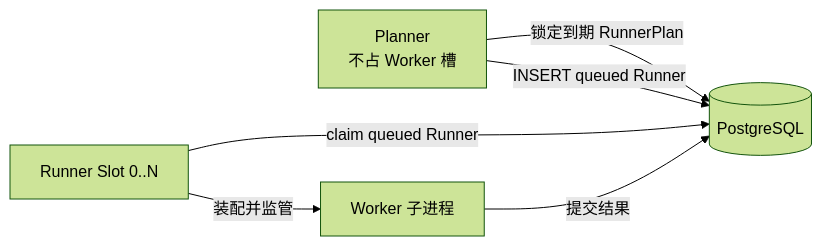
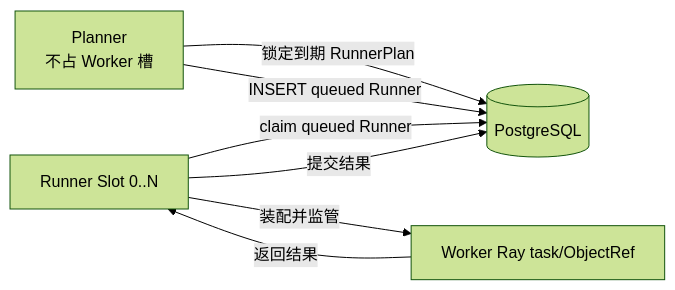
One commit to BeckWlim/llmperf-orchestrator changed the third of 3 diagrams in docs/RUNNER_PLANNER_ARCHITECTURE.md. Above: the diagram before and after it, drawn with Mermaid (forest theme). The commit also changed other lines of this file and 37 other files, not shown here.

````diff
--- a/docs/RUNNER_PLANNER_ARCHITECTURE.md
+++ b/docs/RUNNER_PLANNER_ARCHITECTURE.md
@@ -370,14 +370,15 @@
 ```mermaid
 flowchart LR
     DB[(PostgreSQL)]
     PL[Planner
 不占 Worker 槽]
     RS[Runner Slot 0..N]
-    W[Worker 子进程]
+    W[Worker Ray task/ObjectRef]
 
     PL -->|锁定到期 RunnerPlan| DB
     PL -->|INSERT queued Runner| DB
     RS -->|claim queued Runner| DB
     RS -->|装配并监管| W
-    W -->|提交结果| DB
+    W -->|返回结果| RS
+    RS -->|提交结果| DB
 ```
````
